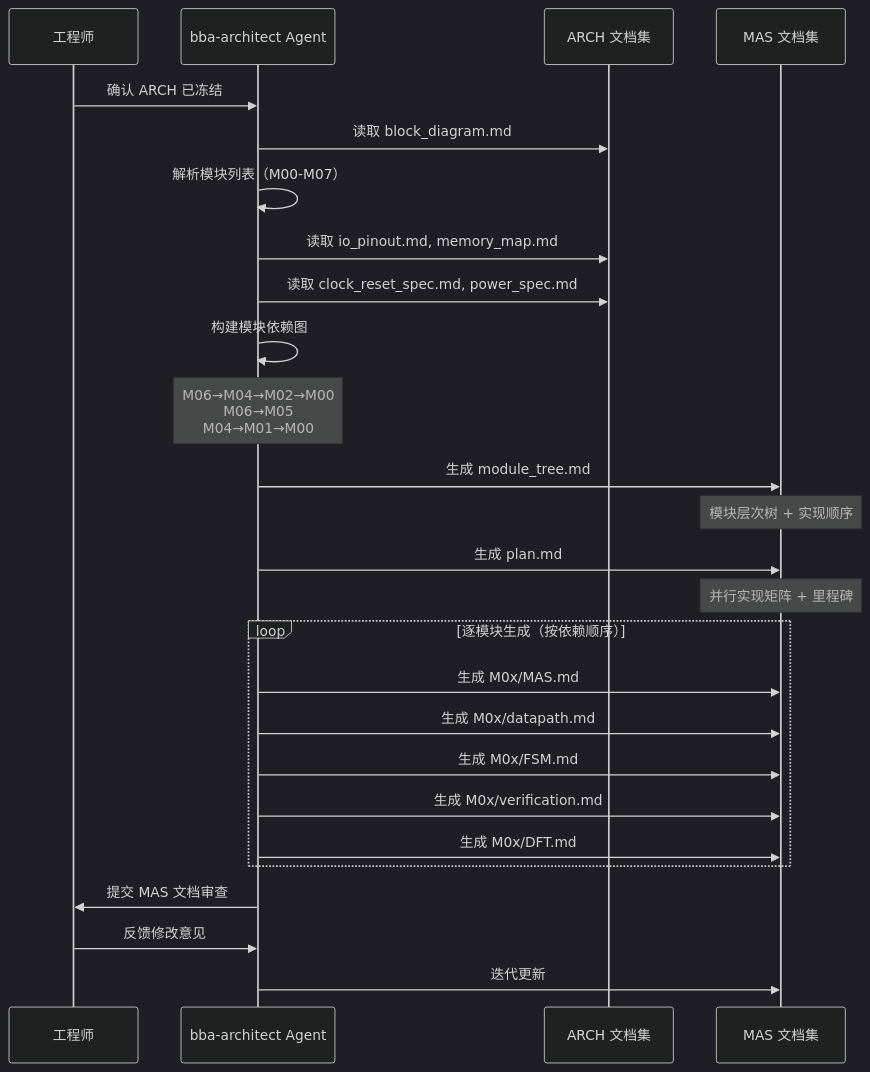
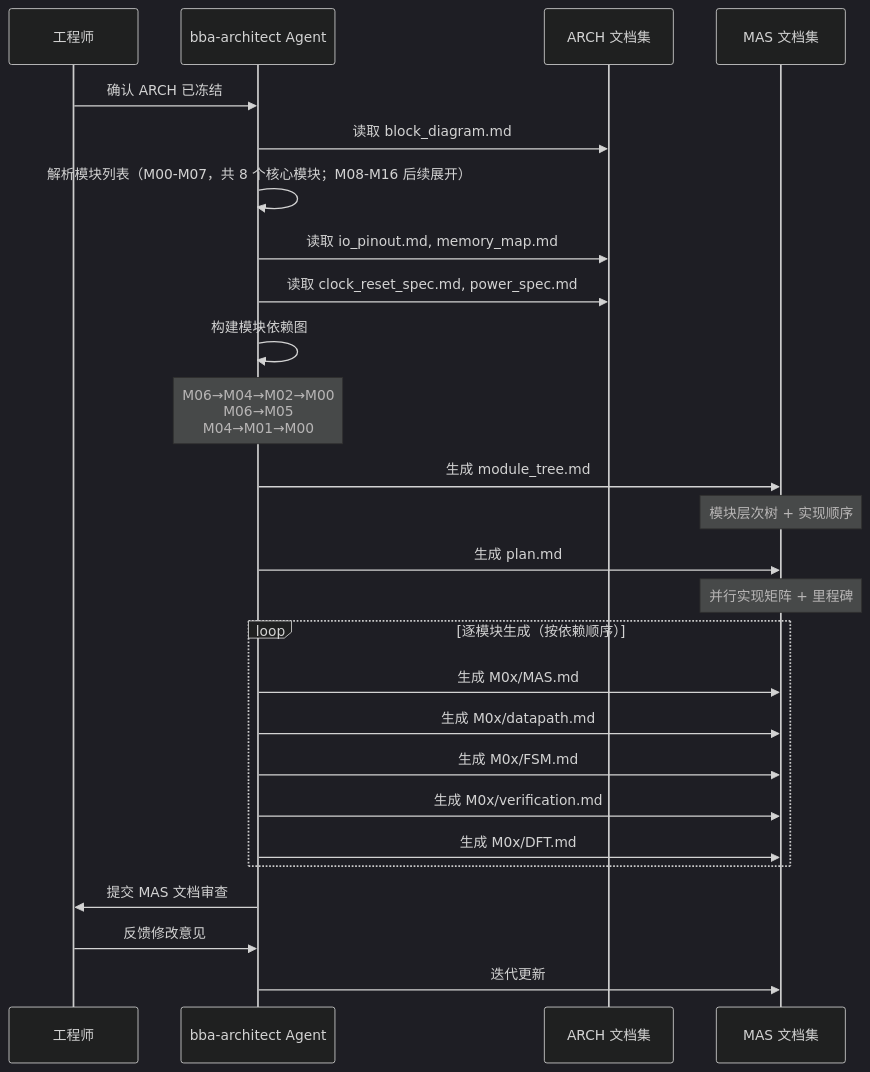
The first of 2 diagrams in tutorial/07-mas.md (amoslee2026/Babel), drawn with Mermaid (dark theme) before and after one commit. The commit also changed other lines of this file and 15 other files, not shown here.

````diff
--- a/tutorial/07-mas.md
+++ b/tutorial/07-mas.md
@@ -39,34 +39,34 @@
 ```mermaid
 sequenceDiagram
     participant Human as 工程师
     participant Agent as bba-architect Agent
     participant ARCH as ARCH 文档集
     participant MAS as MAS 文档集
 
     Human->>Agent: 确认 ARCH 已冻结
     Agent->>ARCH: 读取 block_diagram.md
-    Agent->>Agent: 解析模块列表（M00-M07）
+    Agent->>Agent: 解析模块列表（M00-M07，共 8 个核心模块；M08-M16 后续展开）
     Agent->>ARCH: 读取 io_pinout.md, memory_map.md
     Agent->>ARCH: 读取 clock_reset_spec.md, power_spec.md
 
     Agent->>Agent: 构建模块依赖图
     Note over Agent: M06→M04→M02→M00<br/>M06→M05<br/>M04→M01→M00
 
     Agent->>MAS: 生成 module_tree.md
     Note over MAS: 模块层次树 + 实现顺序
 
     Agent->>MAS: 生成 plan.md
     Note over MAS: 并行实现矩阵 + 里程碑
 
     loop 逐模块生成（按依赖顺序）
         Agent->>MAS: 生成 M0x/MAS.md
         Agent->>MAS: 生成 M0x/datapath.md
         Agent->>MAS: 生成 M0x/FSM.md
         Agent->>MAS: 生成 M0x/verification.md
         Agent->>MAS: 生成 M0x/DFT.md
     end
 
     Agent->>Human: 提交 MAS 文档审查
     Human->>Agent: 反馈修改意见
     Agent->>MAS: 迭代更新
 ```
````
